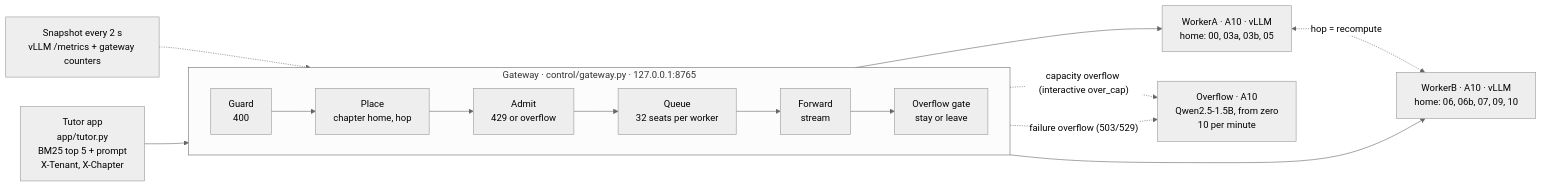
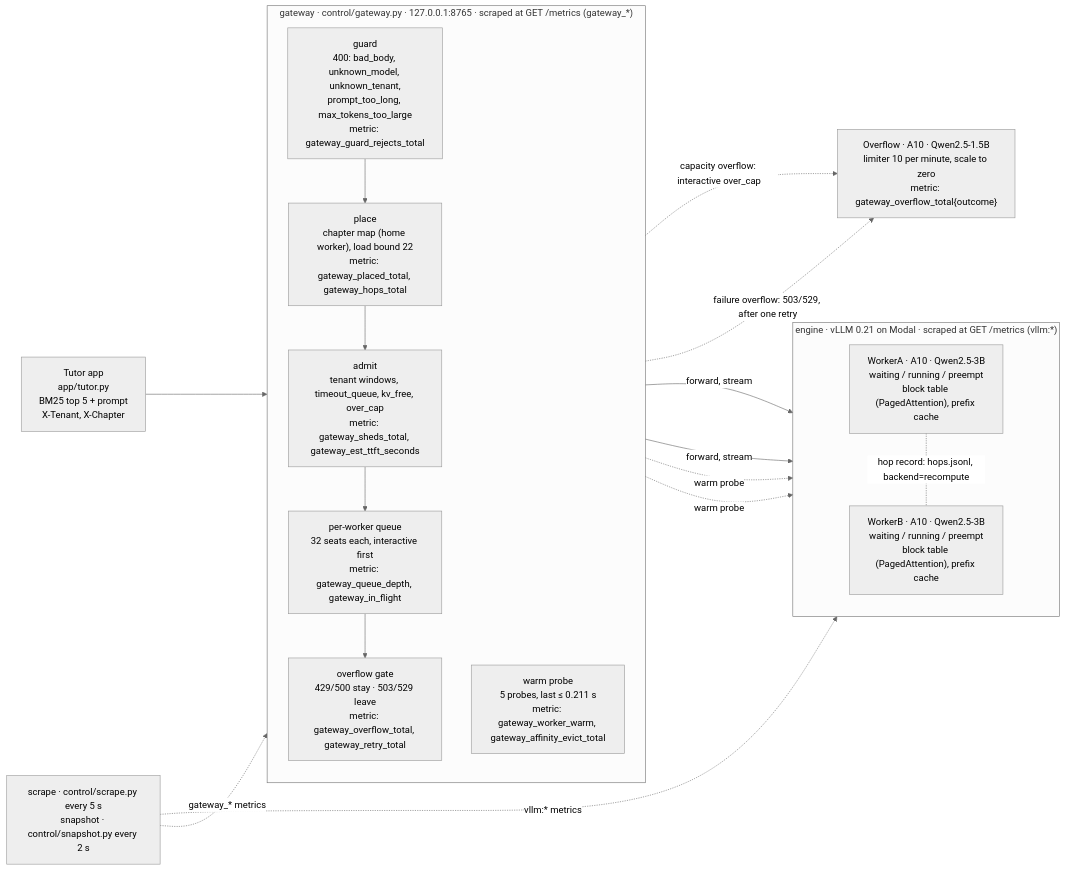
Before and after one commit to pavisj/maven-course-inference-engg: the diagram in README.md, drawn with Mermaid (neutral theme). The commit also changed other lines of this file and 13 other files, not shown here.

First line of the commit message:
Step 18: README diagram and per-box lines, dashboards 01 to 08, stories, counts

````diff
--- a/README.md
+++ b/README.md
@@ -9,14 +9,29 @@
 ```mermaid
 flowchart LR
-  app["Tutor app<br/>app/tutor.py<br/>BM25 top 5 + prompt<br/>X-Tenant, X-Chapter"] --> gw
-  subgraph gw["Gateway · control/gateway.py · 127.0.0.1:8765"]
-    direction LR
-    guard["Guard<br/>400"] --> place["Place<br/>chapter home, hop"] --> admit["Admit<br/>429 or overflow"] --> queue["Queue<br/>32 seats per worker"] --> fwd["Forward<br/>stream"] --> gate["Overflow gate<br/>stay or leave"]
+  app["Tutor app<br/>app/tutor.py<br/>BM25 top 5 + prompt<br/>X-Tenant, X-Chapter"] --> guard
+  subgraph gateway["gateway · control/gateway.py · 127.0.0.1:8765 · scraped at GET /metrics (gateway_*)"]
+    direction TB
+    guard["guard<br/>400: bad_body, unknown_model, unknown_tenant,<br/>prompt_too_long, max_tokens_too_large<br/>metric: gateway_guard_rejects_total"]
+    place["place<br/>chapter map (home worker), load bound 22<br/>metric: gateway_placed_total, gateway_hops_total"]
+    admit["admit<br/>tenant windows, timeout_queue, kv_free, over_cap<br/>metric: gateway_sheds_total, gateway_est_ttft_seconds"]
+    queue["per-worker queue<br/>32 seats each, interactive first<br/>metric: gateway_queue_depth, gateway_in_flight"]
+    gate["overflow gate<br/>429/500 stay · 503/529 leave<br/>metric: gateway_overflow_total, gateway_retry_total"]
+    warmp["warm probe<br/>5 probes, last ≤ 0.211 s<br/>metric: gateway_worker_warm, gateway_affinity_evict_total"]
+    guard --> place --> admit --> queue --> gate
   end
-  fwd --> A["WorkerA · A10 · vLLM<br/>home: 00, 03a, 03b, 05"]
-  fwd --> B["WorkerB · A10 · vLLM<br/>home: 06, 06b, 07, 09, 10"]
-  A <-. "hop = recompute" .-> B
-  admit -. "capacity overflow (interactive over_cap)" .-> O["Overflow · A10<br/>Qwen2.5-1.5B, from zero<br/>10 per minute"]
-  gate -. "failure overflow (503/529)" .-> O
-  snap["Snapshot every 2 s<br/>vLLM /metrics + gateway counters"] -.-> admit
+  subgraph engine["engine · vLLM 0.21 on Modal · scraped at GET /metrics (vllm:*)"]
+    direction TB
+    A["WorkerA · A10 · Qwen2.5-3B<br/>waiting / running / preempt<br/>block table (PagedAttention), prefix cache"]
+    B["WorkerB · A10 · Qwen2.5-3B<br/>waiting / running / preempt<br/>block table (PagedAttention), prefix cache"]
+  end
+  O["Overflow · A10 · Qwen2.5-1.5B<br/>limiter 10 per minute, scale to zero<br/>metric: gateway_overflow_total{outcome}"]
+  gate -->|forward, stream| A
+  gate -->|forward, stream| B
+  A -. "hop record: hops.jsonl, backend=recompute" .- B
+  warmp -. "warm probe" .-> A
+  warmp -. "warm probe" .-> B
+  admit -. "capacity overflow: interactive over_cap" .-> O
+  gate -. "failure overflow: 503/529, after one retry" .-> O
+  scrape["scrape · control/scrape.py every 5 s<br/>snapshot · control/snapshot.py every 2 s"] -. "vllm:* metrics" .-> engine
+  scrape -. "gateway_* metrics" .-> gateway
 ```
````
